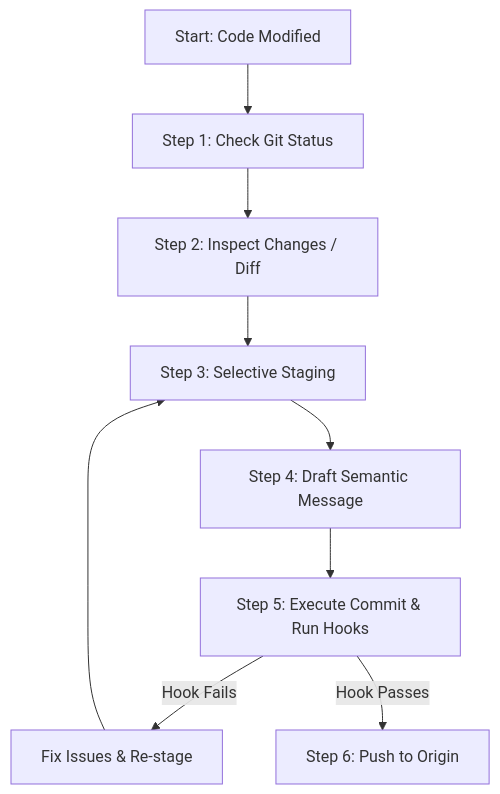
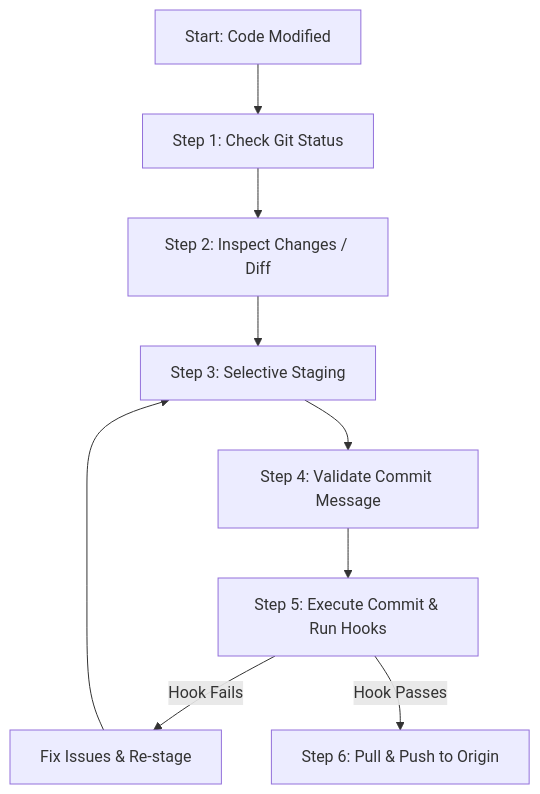
One commit to jggomez/expert-ai-developer-skills changed the diagram in workflows/commit-workflow.md. Above: the diagram before and after it, drawn with Mermaid. The commit also changed other lines of this file and 5 other files, not shown here.

````diff
--- a/workflows/commit-workflow.md
+++ b/workflows/commit-workflow.md
@@ -16,11 +16,11 @@
 ```mermaid
 graph TD
     A[Start: Code Modified] --> B[Step 1: Check Git Status]
     B --> C[Step 2: Inspect Changes / Diff]
     C --> D[Step 3: Selective Staging]
-    D --> E[Step 4: Draft Semantic Message]
+    D --> E[Step 4: Validate Commit Message]
     E --> F[Step 5: Execute Commit & Run Hooks]
     F -->|Hook Fails| G[Fix Issues & Re-stage]
     G --> D
-    F -->|Hook Passes| H[Step 6: Push to Origin]
+    F -->|Hook Passes| H[Step 6: Pull & Push to Origin]
 ```
````
